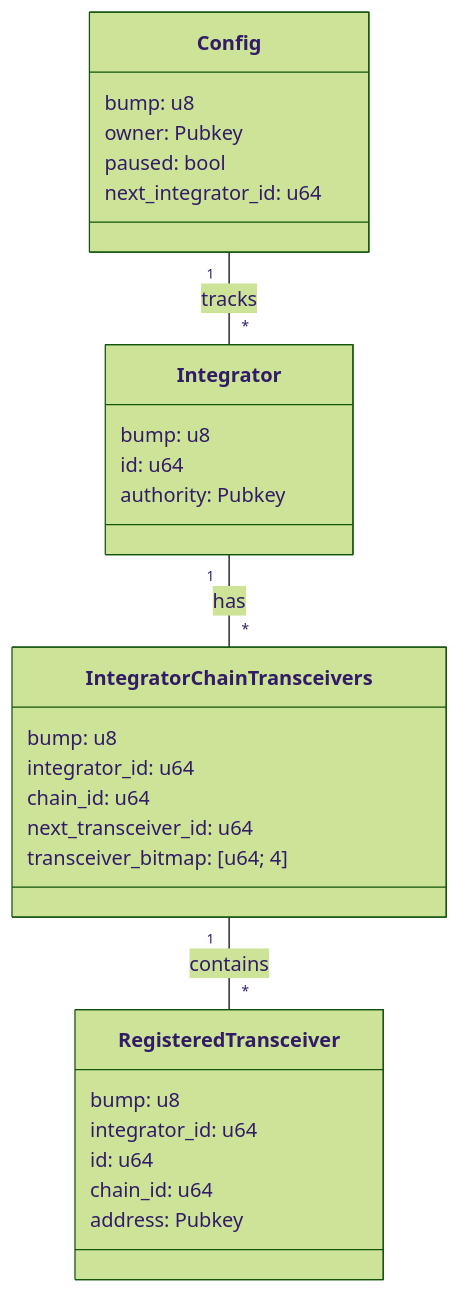
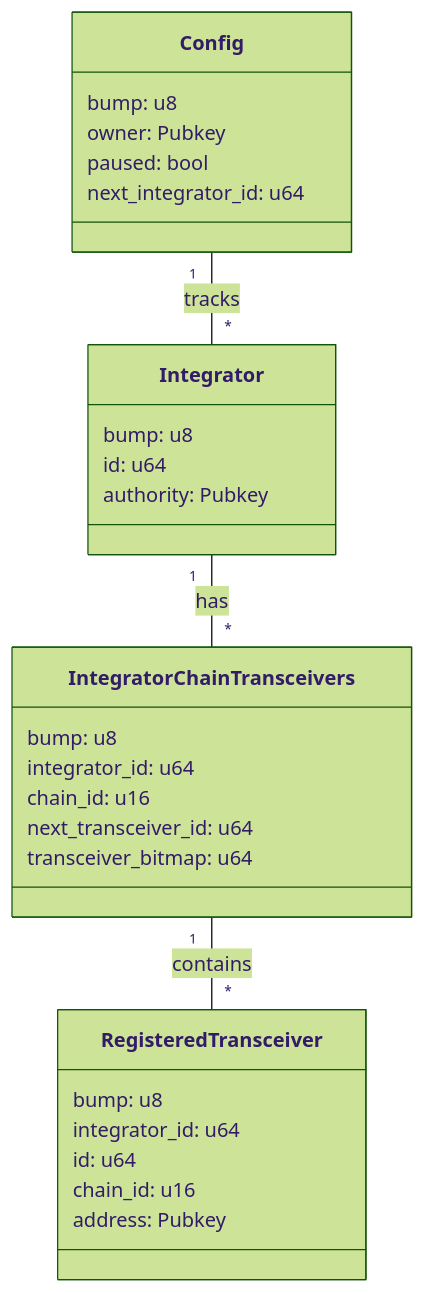
One commit to wormholelabs-xyz/example-messaging-endpoint changed the diagram in svm/programs/router/README.md. Above: the diagram before and after it, drawn with Mermaid (forest theme). The commit also changed 8 other files, not shown here.

````diff
--- a/svm/programs/router/README.md
+++ b/svm/programs/router/README.md
@@ -5,35 +5,35 @@
 ```mermaid
 classDiagram
     class Config {
         bump: u8
         owner: Pubkey
         paused: bool
         next_integrator_id: u64
     }
 
     class Integrator {
         bump: u8
         id: u64
         authority: Pubkey
     }
 
     class IntegratorChainTransceivers {
         bump: u8
         integrator_id: u64
-        chain_id: u64
+        chain_id: u16
         next_transceiver_id: u64
-        transceiver_bitmap: [u64; 4]
+        transceiver_bitmap: u64
     }
 
     class RegisteredTransceiver {
         bump: u8
         integrator_id: u64
         id: u64
-        chain_id: u64
+        chain_id: u16
         address: Pubkey
     }
 
     Config "1" -- "*" Integrator : tracks
     Integrator "1" -- "*" IntegratorChainTransceivers : has
     IntegratorChainTransceivers "1" -- "*" RegisteredTransceiver : contains
 ```
````
